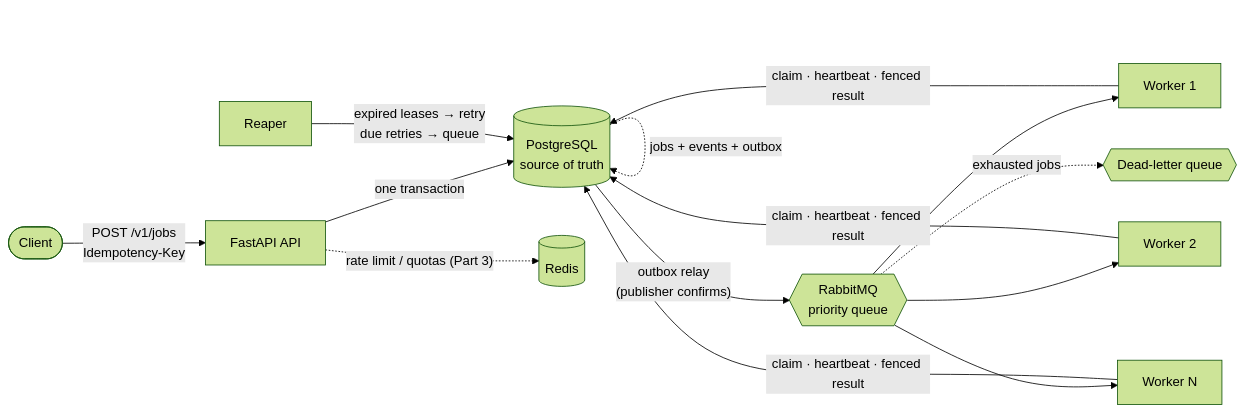
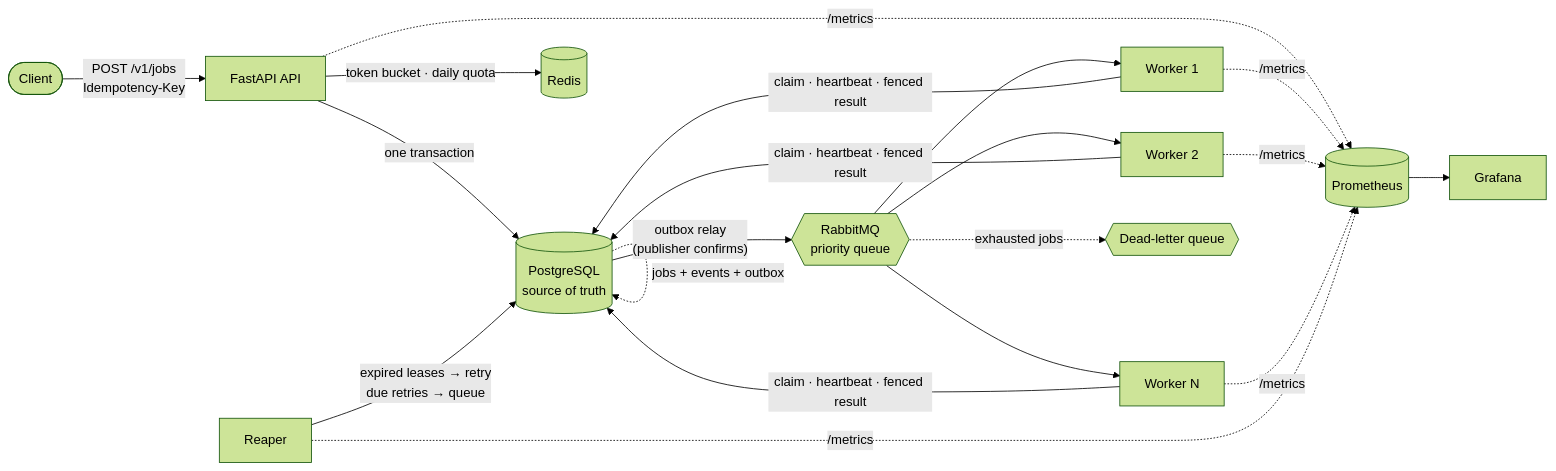
The diagram in README.md (Desai0Aryan/Foundry), drawn with Mermaid (forest theme) before and after one commit. The commit also changed other lines of this file and 39 other files, not shown here.

Commit message:
Part 3: Rate limits, quotas, metrics, Grafana

````diff
--- a/README.md
+++ b/README.md
@@ -37,14 +37,15 @@
 ```mermaid
 flowchart LR
     C([Client]) -->|"POST /v1/jobs<br/>Idempotency-Key"| API[FastAPI API]
     API -->|"one transaction"| PG[(PostgreSQL<br/>source of truth)]
     PG -. "jobs + events + outbox" .-> PG
     PG -->|"outbox relay<br/>(publisher confirms)"| MQ{{RabbitMQ<br/>priority queue}}
     MQ --> W1[Worker 1]
     MQ --> W2[Worker 2]
     MQ --> W3[Worker N]
     W1 & W2 & W3 -->|"claim · heartbeat · fenced result"| PG
     RP[Reaper] -->|"expired leases → retry<br/>due retries → queue"| PG
     MQ -. "exhausted jobs" .-> DLQ{{Dead-letter queue}}
-    API -. "rate limit / quotas (Part 3)" .-> R[(Redis)]
+    API -->|"token bucket · daily quota"| R[(Redis)]
+    API & W1 & W2 & W3 & RP -. "/metrics" .-> PROM[(Prometheus)] --> GF[Grafana]
 ```
````
